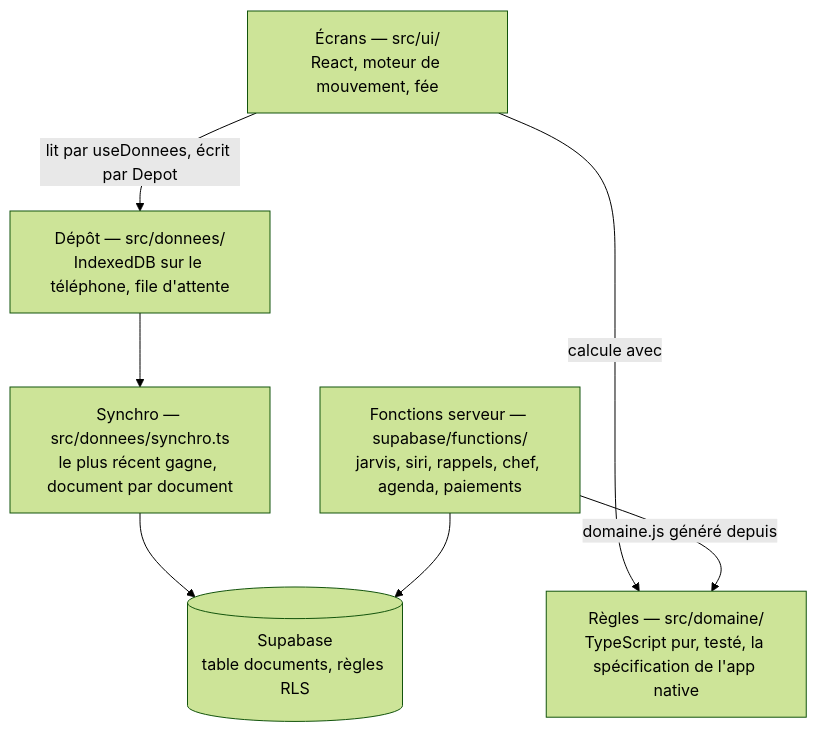
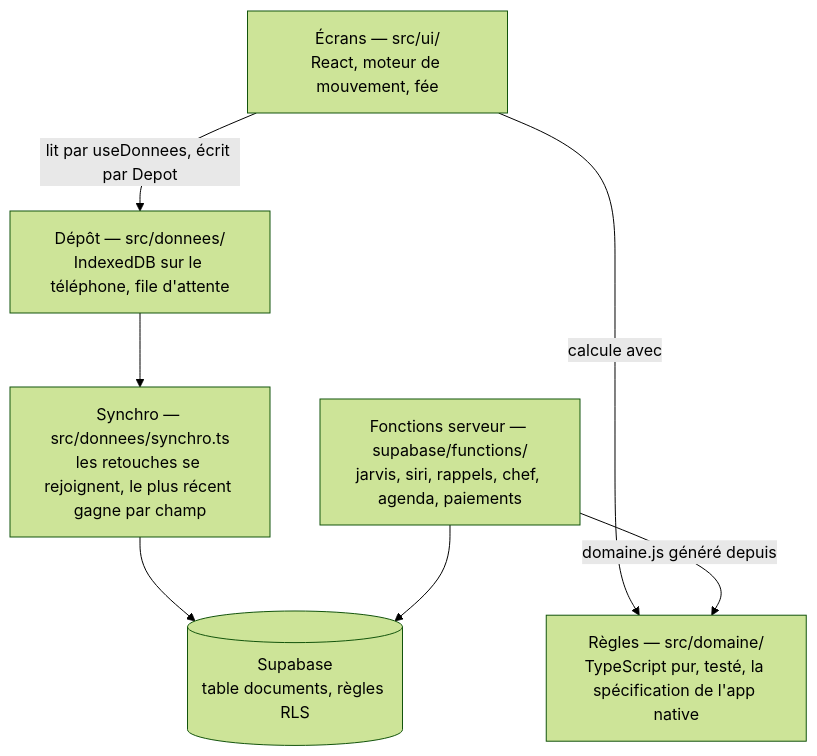
The diagram in docs/architecture.md (dmeloz/korahome), drawn with Mermaid (forest theme) before and after one commit. The commit also changed other lines of this file and 16 other files, not shown here.

````diff
--- a/docs/architecture.md
+++ b/docs/architecture.md
@@ -7,14 +7,14 @@
 ```mermaid
 flowchart TD
   UI["Écrans — src/ui/<br/>React, moteur de mouvement, fée"]
   DOM["Règles — src/domaine/<br/>TypeScript pur, testé, la spécification de l'app native"]
   DEP["Dépôt — src/donnees/<br/>IndexedDB sur le téléphone, file d'attente"]
-  SYN["Synchro — src/donnees/synchro.ts<br/>le plus récent gagne, document par document"]
+  SYN["Synchro — src/donnees/synchro.ts<br/>les retouches se rejoignent, le plus récent gagne par champ"]
   SB[("Supabase<br/>table documents, règles RLS")]
   FN["Fonctions serveur — supabase/functions/<br/>jarvis, siri, rappels, chef, agenda, paiements"]
   UI -->|lit par useDonnees, écrit par Depot| DEP
   UI -->|calcule avec| DOM
   DEP --> SYN --> SB
   FN -->|domaine.js généré depuis| DOM
   FN --> SB
 ```
````
